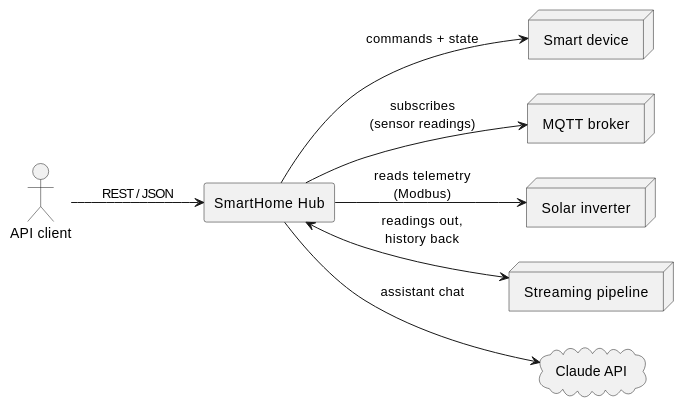
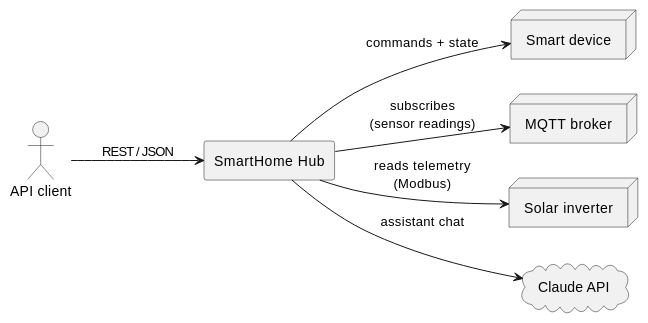
The diagram in docs/modules/ROOT/pages/03-context-and-scope.adoc (FelixGeisler/SmartHome), drawn with PlantUML before and after one commit. The commit also changed other lines of this file and 44 other files, not shown here.

```diff
--- a/docs/modules/ROOT/pages/03-context-and-scope.adoc
+++ b/docs/modules/ROOT/pages/03-context-and-scope.adoc
@@ -5,19 +5,17 @@
 [plantuml,context-diagram,svg]
 ----
 @startuml
 left to right direction
 actor "API client" as client
 rectangle "SmartHome Hub" as hub
 node "Smart device" as device
 node "MQTT broker" as broker
 node "Solar inverter" as inverter
-node "Streaming pipeline" as pipeline
 cloud "Claude API" as claude
 client --> hub : REST / JSON
 hub --> device : commands + state
 hub --> broker : subscribes\n(sensor readings)
 hub --> inverter : reads telemetry\n(Modbus)
-hub <--> pipeline : readings out,\nhistory back
 hub --> claude : assistant chat
 @enduml
 ----
```
